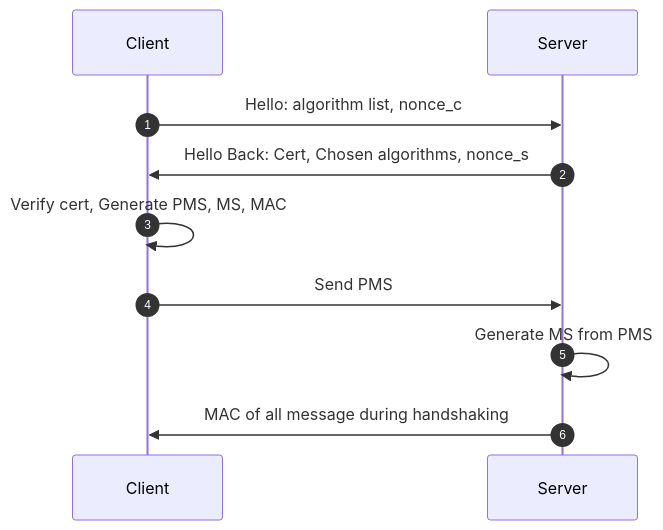
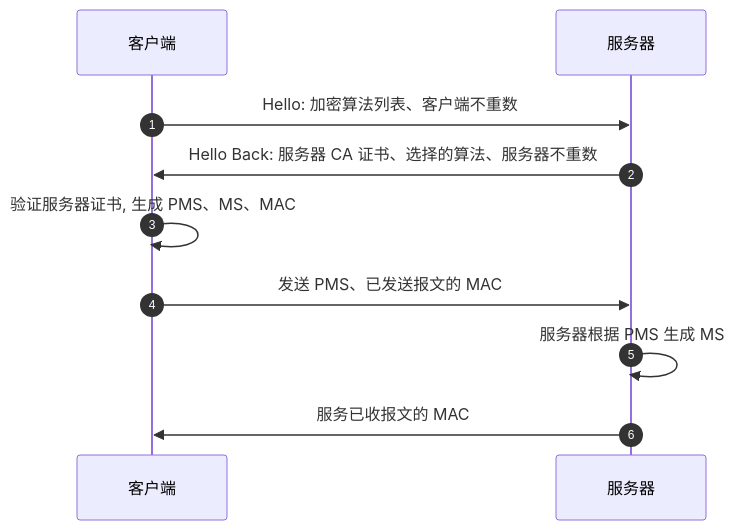
Before and after one commit to Yelfive/md-notes: the first of 2 diagrams in zh/Security/Web-Security/SSL-TLS.md, drawn with Mermaid. The commit also changed other lines of this file and 49 other files, not shown here.

````diff
--- a/zh/Security/Web-Security/SSL-TLS.md
+++ b/zh/Security/Web-Security/SSL-TLS.md
@@ -29,11 +38,14 @@
 ```mermaid
 sequenceDiagram
     autonumber
 
-    Client  ->> Server: Hello: algorithm list, nonce_c
-    Server  ->> Client: Hello Back: Cert, Chosen algorithms, nonce_s
-    Client  ->> Client: Verify cert, Generate PMS, MS, MAC
-    Client  ->> Server: Send PMS
-    Server  ->> Server: Generate MS from PMS
-    Server  ->> Client: MAC of all message during handshaking
+    participant Client as 客户端
+    participant Server as 服务器
+
+    Client  ->> Server: Hello: 加密算法列表、客户端不重数
+    Server  ->> Client: Hello Back: 服务器 CA 证书、选择的算法、服务器不重数
+    Client  ->> Client: 验证服务器证书, 生成 PMS、MS、MAC
+    Client  ->> Server: 发送 PMS、已发送报文的 MAC
+    Server  ->> Server: 服务器根据 PMS 生成 MS
+    Server  ->> Client: 服务已收报文的 MAC
 ```
````
